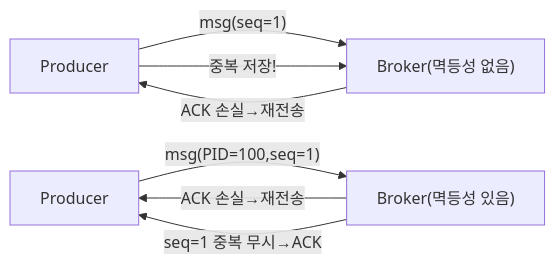
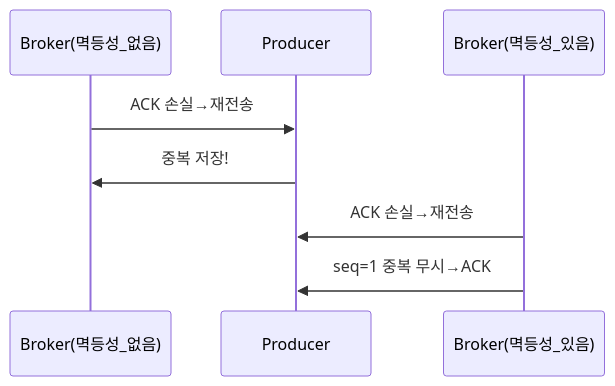
Diagram 14 of 21 in _posts/kafka/2026-05-01-kafka-internals.md (yjkim2015/yjkim2015.github.io), drawn with Mermaid before and after one commit. The commit also changed other lines of this file and 89 other files, not shown here.

First line of the commit message:
복잡한 flowchart 163개 → sequenceDiagram 변환 (90파일)

````diff
--- a/_posts/kafka/2026-05-01-kafka-internals.md
+++ b/_posts/kafka/2026-05-01-kafka-internals.md
@@ -352,9 +348,7 @@
 ```mermaid
-graph LR
-    P["Producer"] -->|"msg(seq=1)"| B1["Broker(멱등성 없음)"]
-    B1 -->|"ACK 손실→재전송"| P
-    P -->|"중복 저장!"| B1
-    P2["Producer"] -->|"msg(PID=100,seq=1)"| B2["Broker(멱등성 있음)"]
-    B2 -->|"ACK 손실→재전송"| P2
-    B2 -->|"seq=1 중복 무시→ACK"| P2
+sequenceDiagram
+    Broker(멱등성_없음)->>Producer: ACK 손실→재전송
+    Producer->>Broker(멱등성_없음): 중복 저장!
+    Broker(멱등성_있음)->>Producer: ACK 손실→재전송
+    Broker(멱등성_있음)->>Producer: seq=1 중복 무시→ACK
 ```
````
